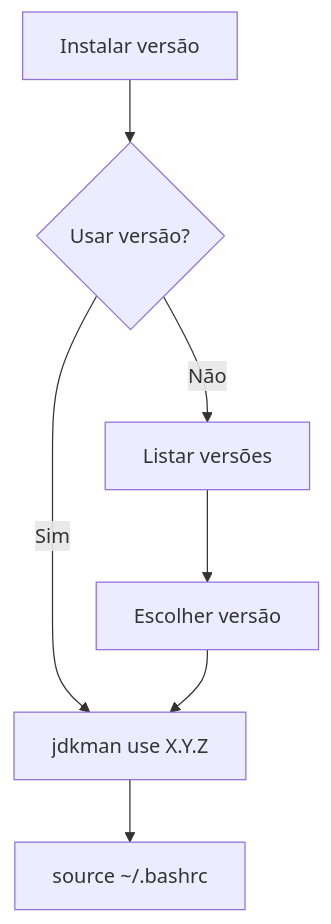
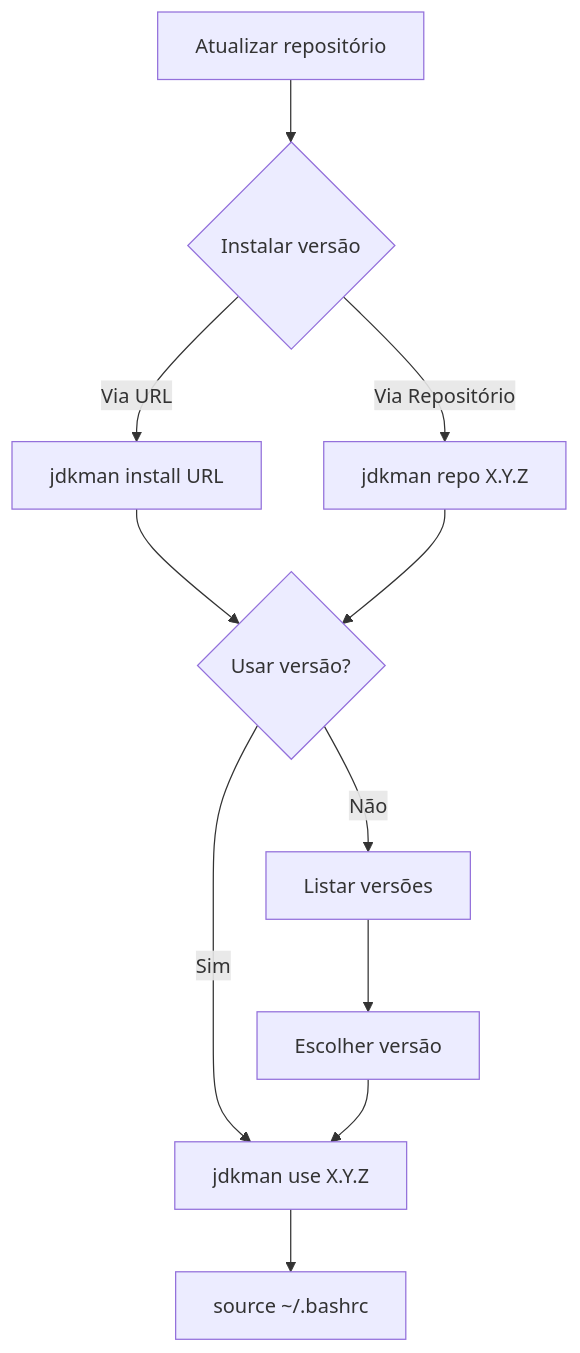
The diagram in README.md (souza-lb/jdkman), drawn with Mermaid before and after one commit. The commit also changed other lines of this file, not shown here.

````diff
--- a/README.md
+++ b/README.md
@@ -163,9 +205,12 @@
 ```mermaid
 graph TD
-    A[Instalar versão] --> B{Usar versão?}
-    B -->|Sim| C[ jdkman use X.Y.Z ]
-    B -->|Não| D[Listar versões]
-    C --> E[source ~/.bashrc]
-    D --> F[Escolher versão]
-    F --> C
+    A[Atualizar repositório] --> B{Instalar versão}
+    B -->|Via URL| C[ jdkman install URL ]
+    B -->|Via Repositório| D[ jdkman repo X.Y.Z ]
+    C & D --> E{Usar versão?}
+    E -->|Sim| F[ jdkman use X.Y.Z ]
+    E -->|Não| G[Listar versões]
+    F --> H[source ~/.bashrc]
+    G --> I[Escolher versão]
+    I --> F
 ```
````
